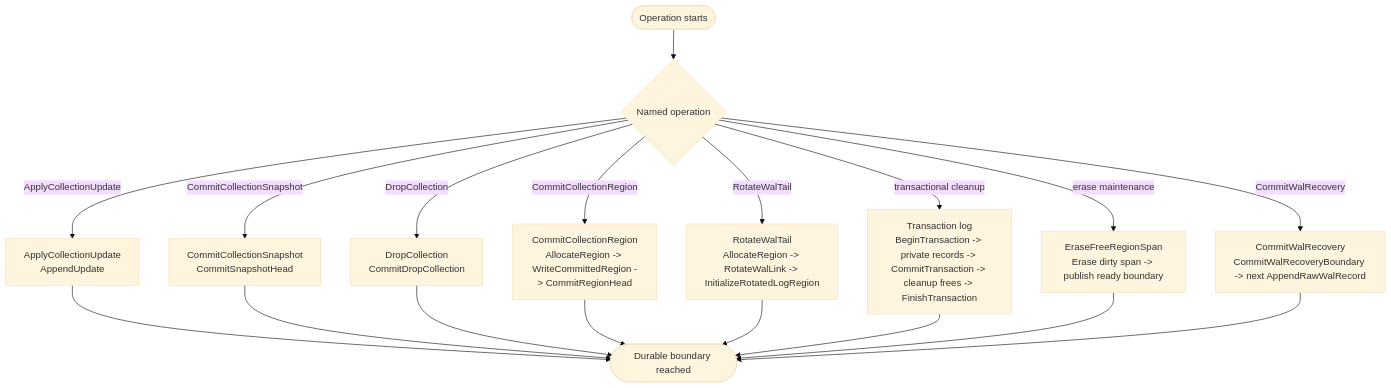
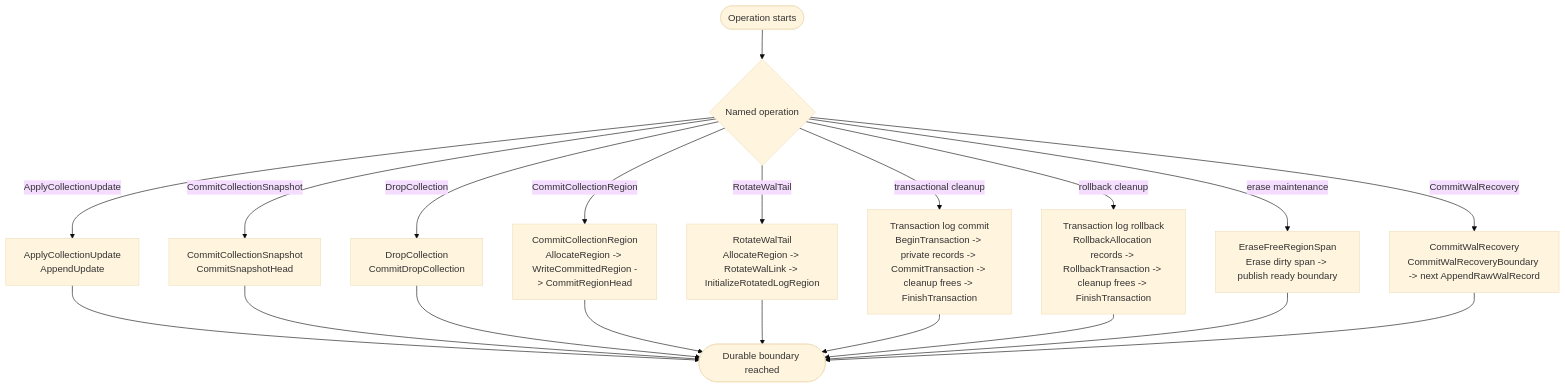
One commit to moore/borromean changed the first of 3 diagrams in spec/ring/08-durability-formatting.md. Above: the diagram before and after it, drawn with Mermaid (base theme). The commit also changed other lines of this file and 6 other files, not shown here.

````diff
--- a/spec/ring/08-durability-formatting.md
+++ b/spec/ring/08-durability-formatting.md
@@ -108,33 +119,36 @@
 ```mermaid
 %%{init: {"flowchart": {"wrappingWidth": 180}} }%%
 flowchart TD
     Request([Operation starts])
     Kind{"`Named operation`"}
     Update["`ApplyCollectionUpdate
 AppendUpdate`"]
     Snapshot["`CommitCollectionSnapshot
 CommitSnapshotHead`"]
     Drop["`DropCollection
 CommitDropCollection`"]
     RegionCommit["`CommitCollectionRegion
 AllocateRegion -> WriteCommittedRegion -> CommitRegionHead`"]
     Rotation["`RotateWalTail
 AllocateRegion -> RotateWalLink -> InitializeRotatedLogRegion`"]
-    Reclaim["`Transaction log
+    Reclaim["`Transaction log commit
 BeginTransaction -> private records -> CommitTransaction -> cleanup frees -> FinishTransaction`"]
+    Rollback["`Transaction log rollback
+RollbackAllocation records -> RollbackTransaction -> cleanup frees -> FinishTransaction`"]
     Erase["`EraseFreeRegionSpan
 Erase dirty span -> publish ready boundary`"]
     Recovery["`CommitWalRecovery
 CommitWalRecoveryBoundary -> next AppendRawWalRecord`"]
     Durable([Durable boundary reached])
 
     Request --> Kind
     Kind -->|ApplyCollectionUpdate| Update --> Durable
     Kind -->|CommitCollectionSnapshot| Snapshot --> Durable
     Kind -->|DropCollection| Drop --> Durable
     Kind -->|CommitCollectionRegion| RegionCommit --> Durable
     Kind -->|RotateWalTail| Rotation --> Durable
     Kind -->|transactional cleanup| Reclaim --> Durable
+    Kind -->|rollback cleanup| Rollback --> Durable
     Kind -->|erase maintenance| Erase --> Durable
     Kind -->|CommitWalRecovery| Recovery --> Durable
 ```
````
